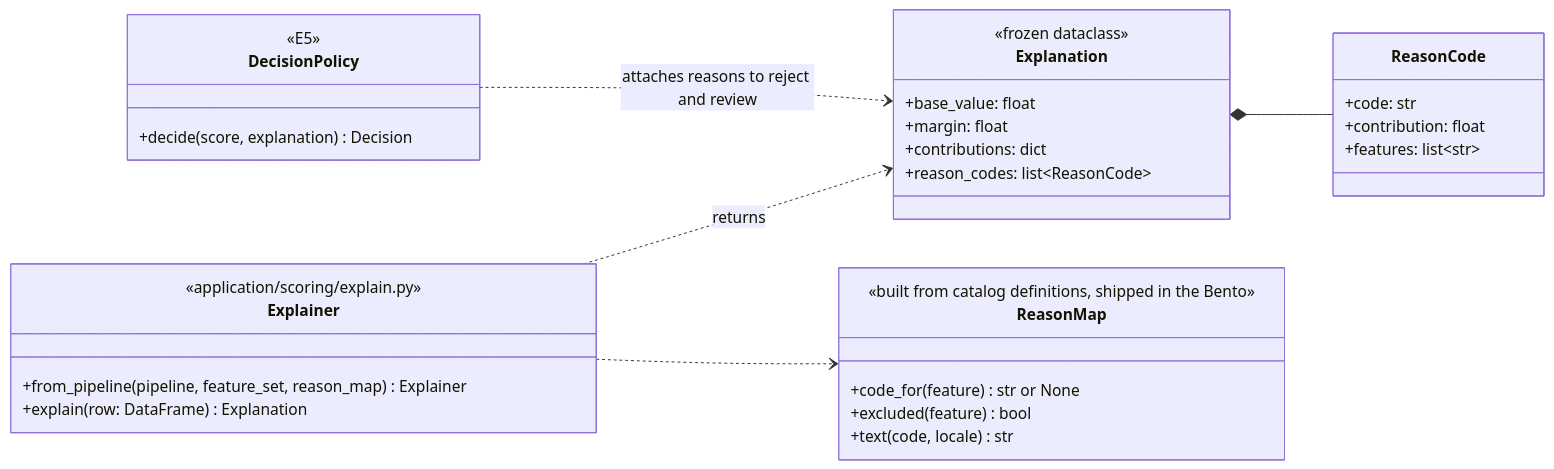
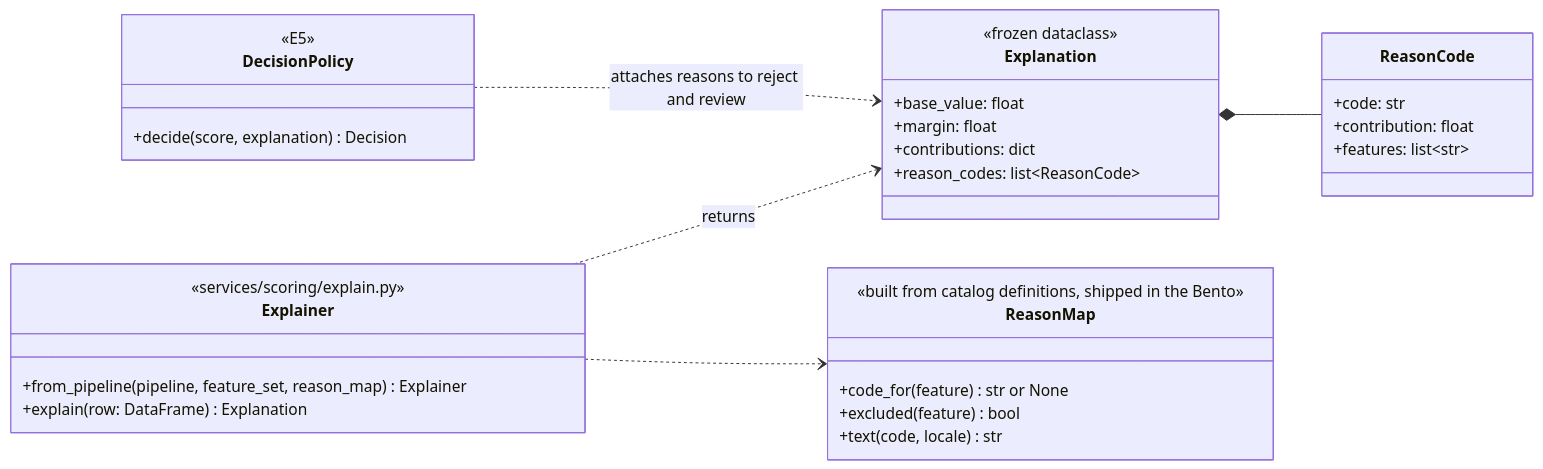
Before and after one commit to ngnquanq/credit-risk-ml-system: the first of 2 diagrams in docs/03-handoff/E14-explainability.md, drawn with Mermaid. The commit also changed other lines of this file and 26 other files, not shown here.

````diff
--- a/docs/03-handoff/E14-explainability.md
+++ b/docs/03-handoff/E14-explainability.md
@@ -52,35 +52,35 @@
 ```mermaid
 classDiagram
     direction LR
     class Explainer {
-        <<application/scoring/explain.py>>
+        <<services/scoring/explain.py>>
         +from_pipeline(pipeline, feature_set, reason_map) Explainer
         +explain(row: DataFrame) Explanation
     }
     class Explanation {
         <<frozen dataclass>>
         +base_value: float
         +margin: float
         +contributions: dict
         +reason_codes: list~ReasonCode~
     }
     class ReasonCode {
         +code: str
         +contribution: float
         +features: list~str~
     }
     class ReasonMap {
         <<built from catalog definitions, shipped in the Bento>>
         +code_for(feature) str or None
         +excluded(feature) bool
         +text(code, locale) str
     }
     class DecisionPolicy {
         <<E5>>
         +decide(score, explanation) Decision
     }
     Explainer ..> Explanation : returns
     Explanation *-- ReasonCode
     Explainer ..> ReasonMap
     DecisionPolicy ..> Explanation : attaches reasons to reject and review
 ```
````
